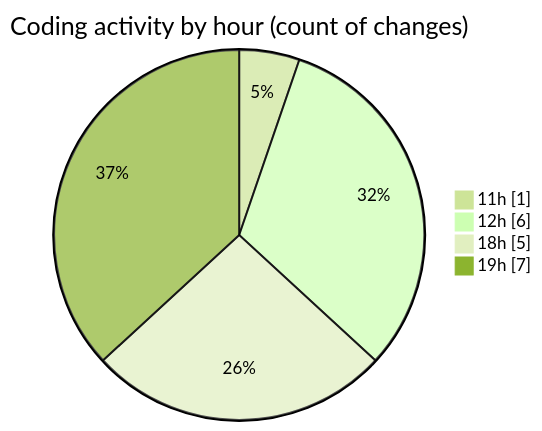
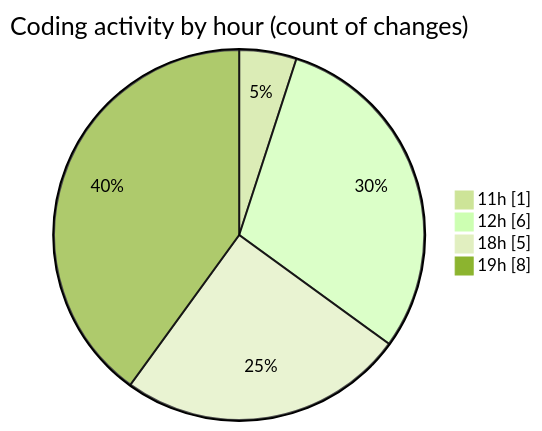
Before and after one commit to nxtqubesakshisongat/code-tracking: the second of 2 diagrams in 2026-05-17/nxtqube_webapp/README.md, drawn with Mermaid (forest theme). The commit also changed other lines of this file and 1 other file, not shown here.

````diff
--- a/2026-05-17/nxtqube_webapp/README.md
+++ b/2026-05-17/nxtqube_webapp/README.md
@@ -33,8 +34,8 @@
 ```mermaid
 pie showData
 title Coding activity by hour (count of changes)
 "11h" : 1
 "12h" : 6
 "18h" : 5
-"19h" : 7
+"19h" : 8
 ```
````
